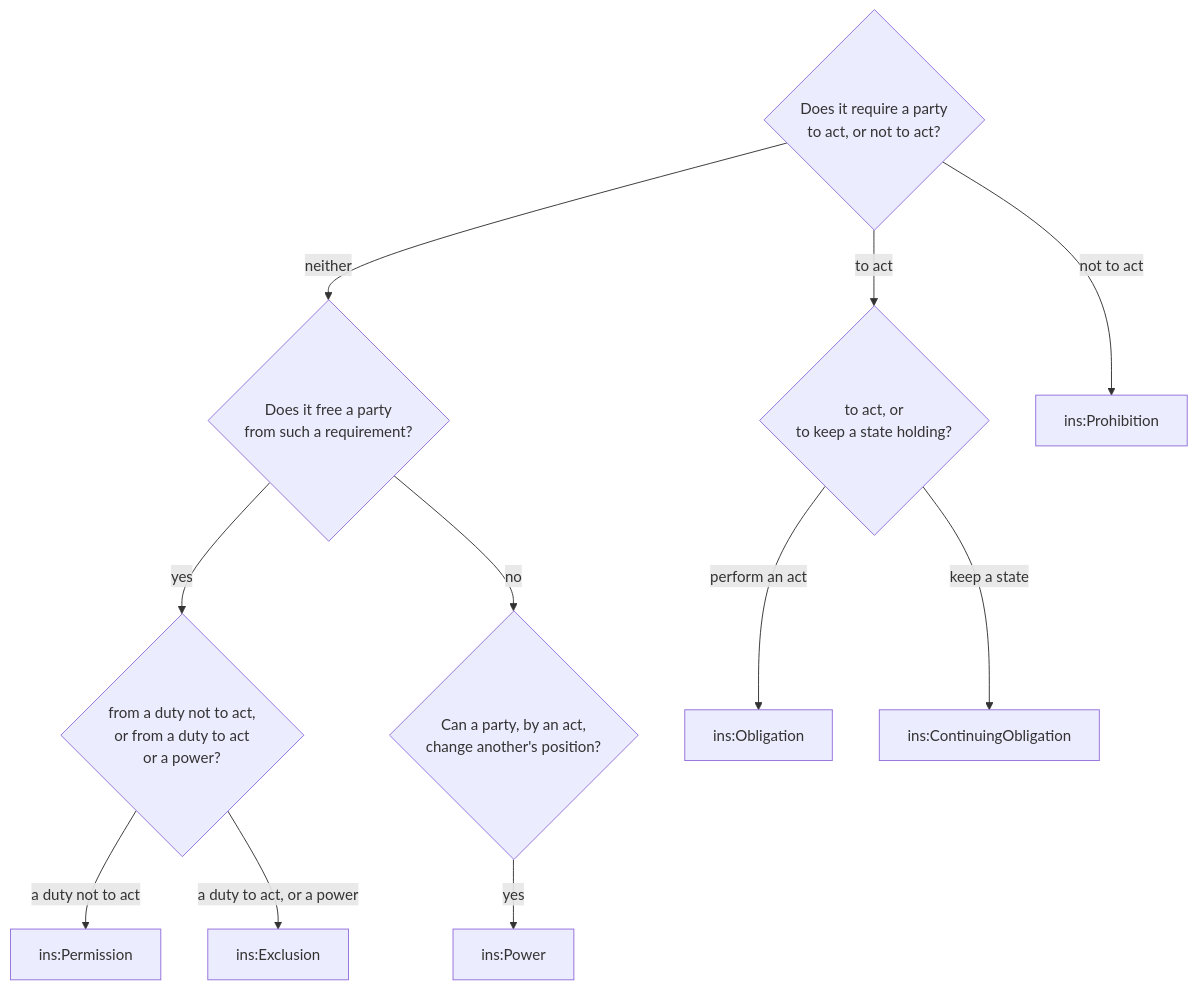
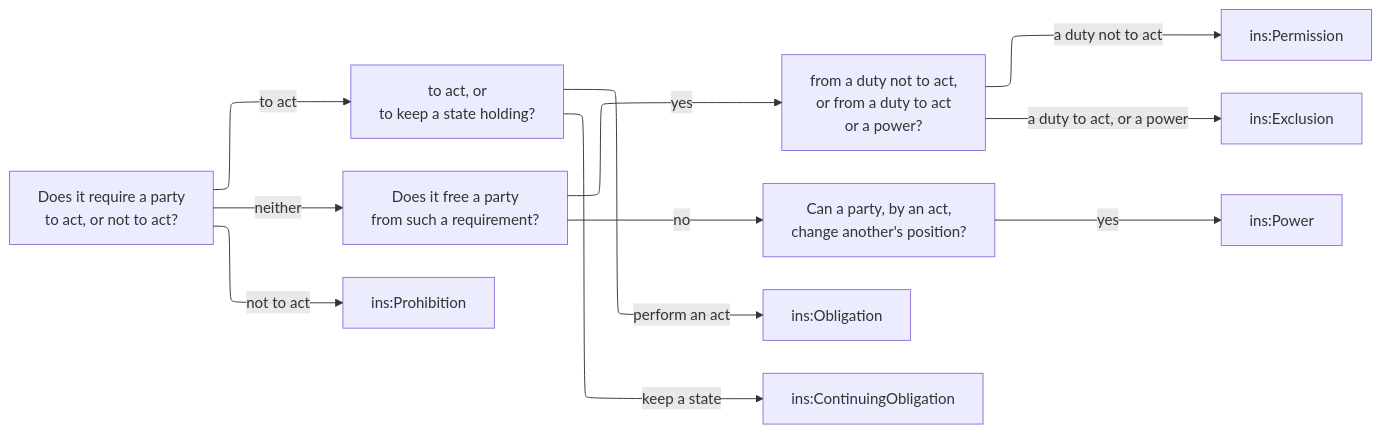
The fifth of 59 diagrams in ontology/instrument/README.md (nebularis/lattice), drawn with Mermaid before and after one commit. The commit also changed other lines of this file and 14 other files, not shown here.

````diff
--- a/ontology/instrument/README.md
+++ b/ontology/instrument/README.md
@@ -235,24 +235,28 @@
 ```mermaid
-flowchart TB
-    Q1{"Does it require a party<br/>to act, or not to act?"}
-    Q2{"to act, or<br/>to keep a state holding?"}
-    Q3{"Does it free a party<br/>from such a requirement?"}
-    Q4{"from a duty not to act,<br/>or from a duty to act<br/>or a power?"}
-    Q5{"Can a party, by an act,<br/>change another's position?"}
+---
+config:
+  layout: elk
+---
+flowchart LR
+    Q1["Does it require a party<br/>to act, or not to act?"]
+    Q2["to act, or<br/>to keep a state holding?"]
+    Q3["Does it free a party<br/>from such a requirement?"]
+    Q4["from a duty not to act,<br/>or from a duty to act<br/>or a power?"]
+    Q5["Can a party, by an act,<br/>change another's position?"]
     OB["ins:Obligation"]
     CO["ins:ContinuingObligation"]
     PR["ins:Prohibition"]
     PE["ins:Permission"]
     EX["ins:Exclusion"]
     PO["ins:Power"]
     Q1 -- "to act" --> Q2
     Q1 -- "not to act" --> PR
     Q1 -- "neither" --> Q3
     Q2 -- "perform an act" --> OB
     Q2 -- "keep a state" --> CO
     Q3 -- "yes" --> Q4
     Q3 -- "no" --> Q5
     Q4 -- "a duty not to act" --> PE
     Q4 -- "a duty to act, or a power" --> EX
     Q5 -- "yes" --> PO
 ```
````
